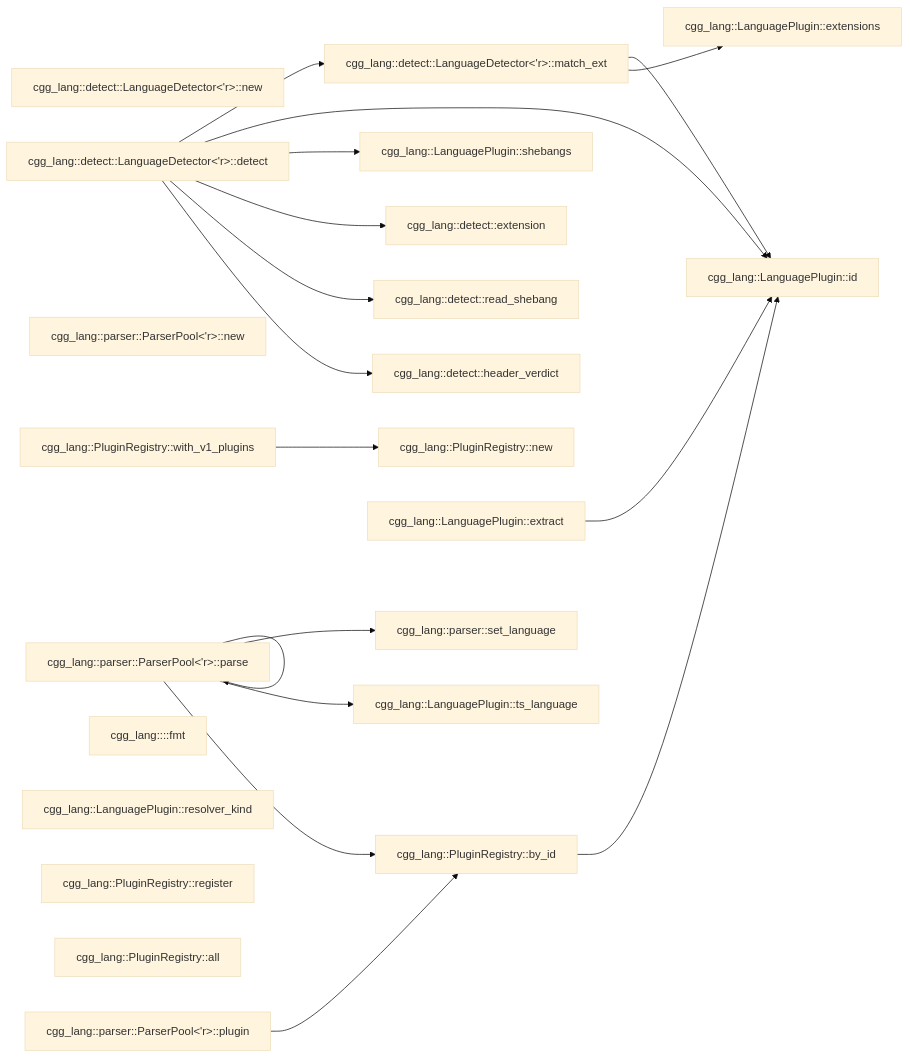
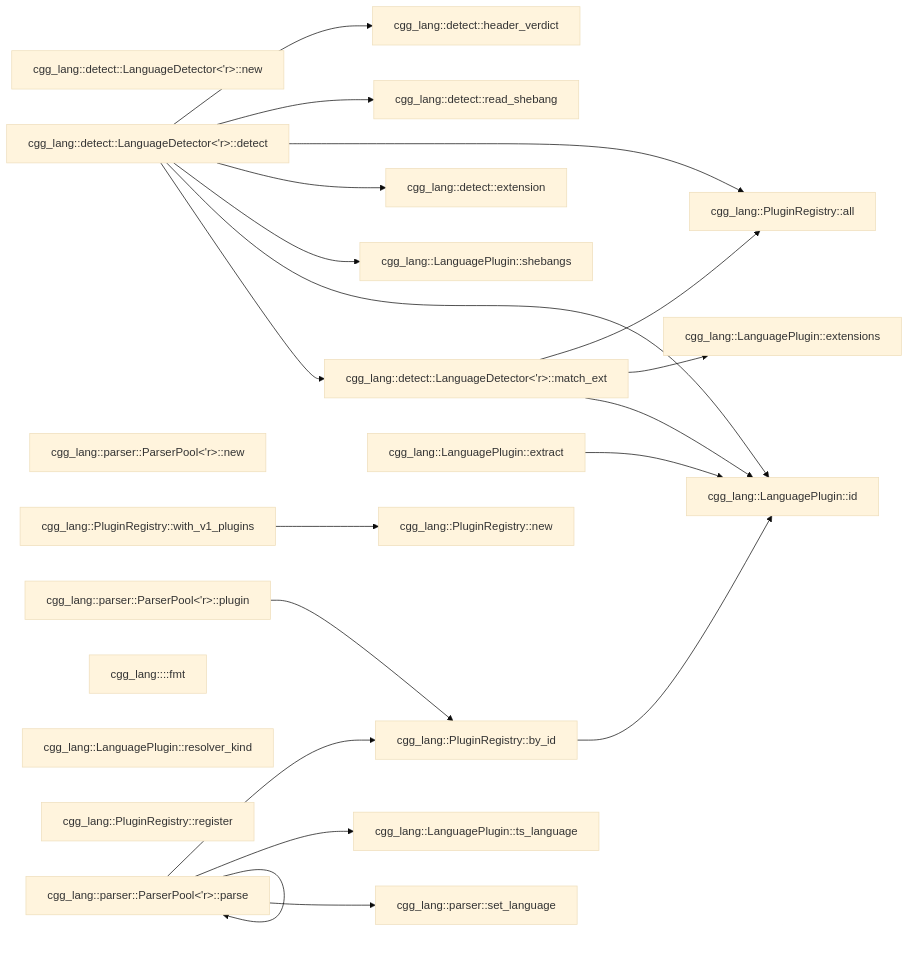
The third of 3 diagrams in README.md (NeuralNotwerk/cgg), drawn with Mermaid (base theme) before and after one commit. The commit also changed other lines of this file and 5 other files, not shown here.

````diff
--- a/README.md
+++ b/README.md
@@ -372,41 +372,43 @@
 ```mermaid
 flowchart LR
   C0["cgg_lang::detect::LanguageDetector<'r>::new"]
   C1["cgg_lang::detect::LanguageDetector<'r>::detect"]
   C2["cgg_lang::detect::LanguageDetector<'r>::match_ext"]
   C3["cgg_lang::detect::extension"]
   C4["cgg_lang::detect::read_shebang"]
   C5["cgg_lang::detect::header_verdict"]
   C14["cgg_lang::parser::ParserPool<'r>::new"]
   C15["cgg_lang::parser::ParserPool<'r>::parse"]
   C16["cgg_lang::parser::ParserPool<'r>::plugin"]
   C17["cgg_lang::parser::set_language"]
   C21["cgg_lang::<ResolverKind as fmt::Display>::fmt"]
   C22["cgg_lang::LanguagePlugin::id"]
   C23["cgg_lang::LanguagePlugin::extensions"]
   C24["cgg_lang::LanguagePlugin::shebangs"]
   C25["cgg_lang::LanguagePlugin::resolver_kind"]
   C26["cgg_lang::LanguagePlugin::ts_language"]
   C27["cgg_lang::LanguagePlugin::extract"]
   C28["cgg_lang::PluginRegistry::new"]
   C29["cgg_lang::PluginRegistry::register"]
   C30["cgg_lang::PluginRegistry::all"]
   C31["cgg_lang::PluginRegistry::by_id"]
   C32["cgg_lang::PluginRegistry::with_v1_plugins"]
   C1 --> C2
   C1 --> C22
   C1 --> C24
   C1 --> C3
+  C1 --> C30
   C1 --> C4
   C1 --> C5
   C15 --> C15
   C15 --> C17
   C15 --> C26
   C15 --> C31
   C16 --> C31
   C2 --> C22
   C2 --> C23
+  C2 --> C30
   C27 --> C22
   C31 --> C22
   C32 --> C28
 ```
````
